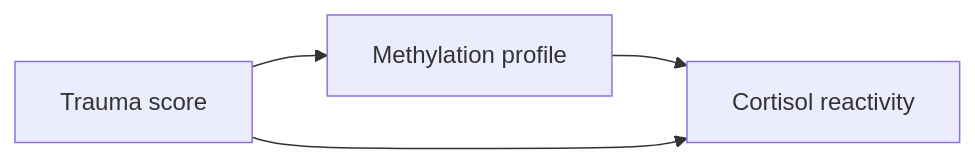
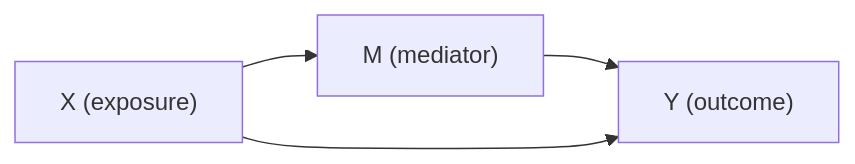
One commit to Statsinference/Statistical-Intelligence-Arena changed the diagram in website/data-submissions/simulated-dgp/EXAMPLE.md. Above: the diagram before and after it, drawn with Mermaid. The commit also changed other lines of this file and 6 other files, not shown here.

````diff
--- a/website/data-submissions/simulated-dgp/EXAMPLE.md
+++ b/website/data-submissions/simulated-dgp/EXAMPLE.md
@@ -15,6 +17,6 @@
 ```mermaid
 flowchart LR
-    X["Trauma score"] --> M["Methylation profile"]
-    M --> Y["Cortisol reactivity"]
+    X["X (exposure)"] --> M["M (mediator)"]
+    M --> Y["Y (outcome)"]
     X --> Y
 ```
````
